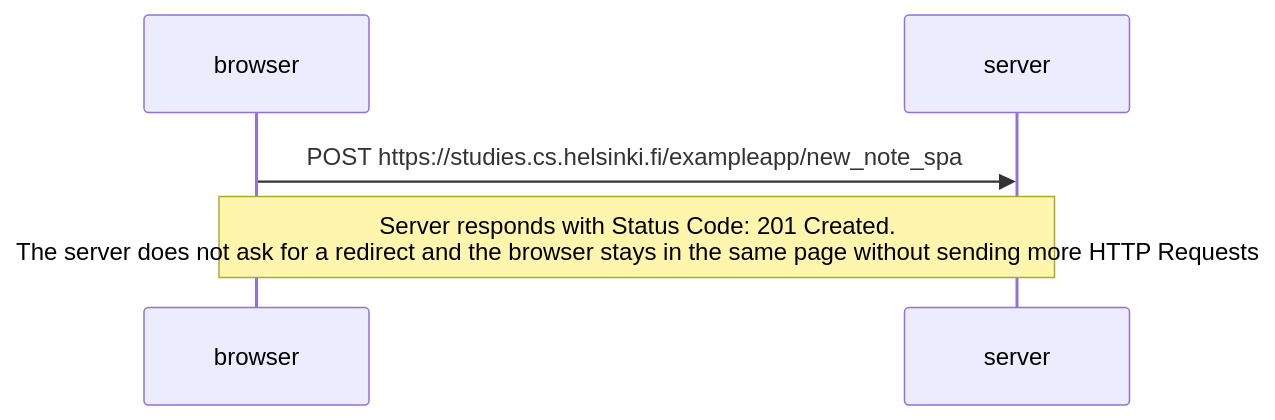
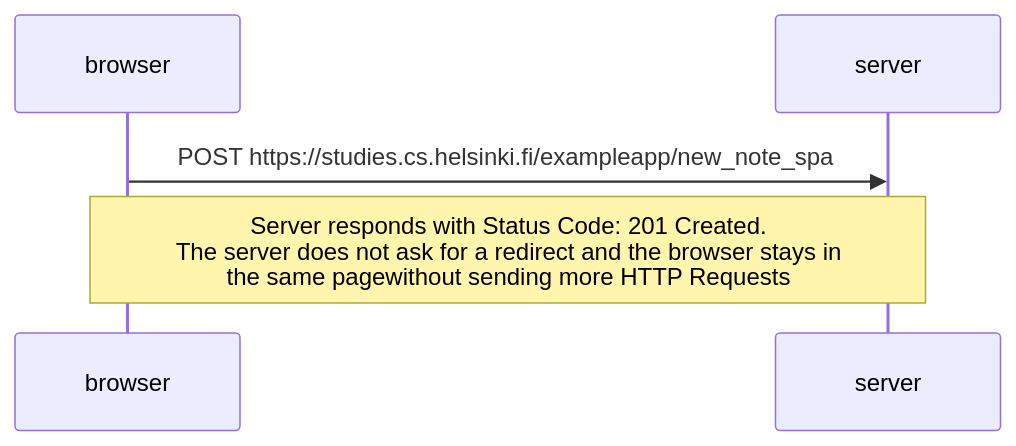
One commit to aitorias/fullstackopen2023 changed the diagram in part0/exercise-0.6.md. Above: the diagram before and after it, drawn with Mermaid.

Commit message:
Correction to display the notes better.

````diff
--- a/part0/exercise-0.6.md
+++ b/part0/exercise-0.6.md
@@ -1,9 +1,9 @@
 ```mermaid
 sequenceDiagram
     participant browser
     participant server
 
     browser->>server: POST https://studies.cs.helsinki.fi/exampleapp/new_note_spa
 
-    Note over browser,server: Server responds with Status Code: 201 Created.<br/>The server does not ask for a redirect and the browser stays in the same page without sending more HTTP Requests
+    Note over browser,server: Server responds with Status Code: 201 Created.<br/>The server does not ask for a redirect and the browser stays in<br/> the same pagewithout sending more HTTP Requests
 ```
````
